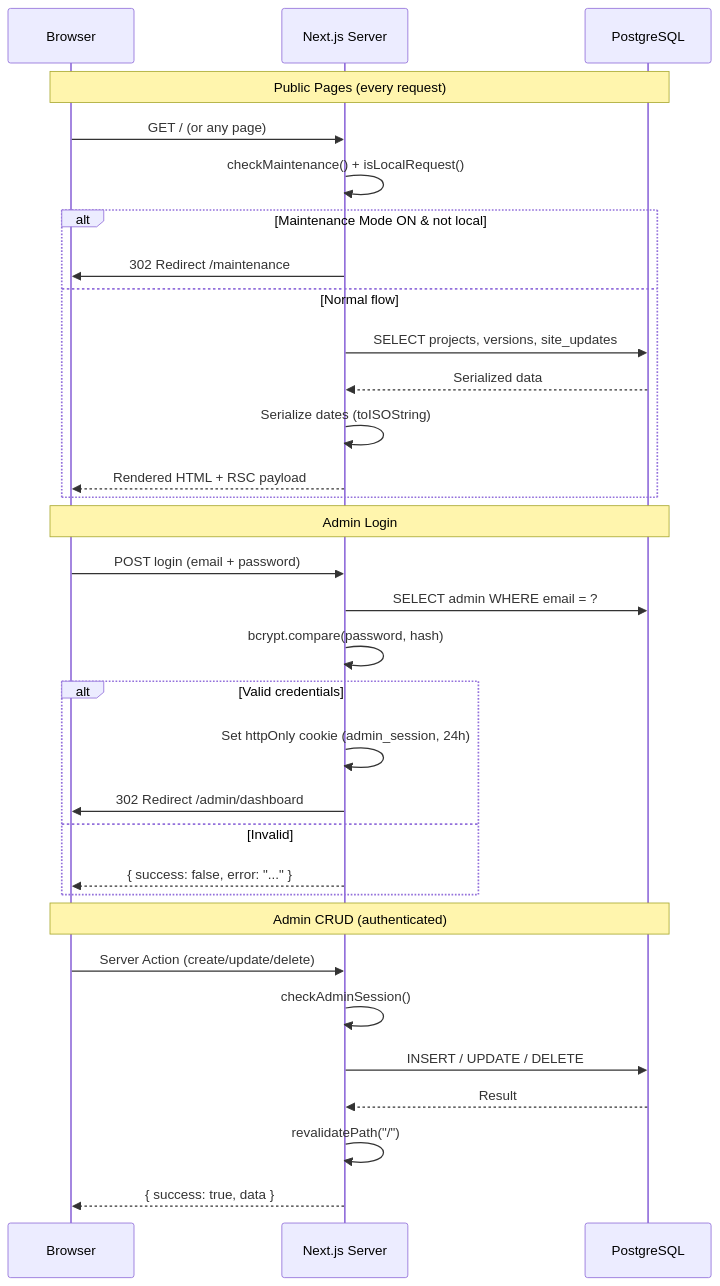
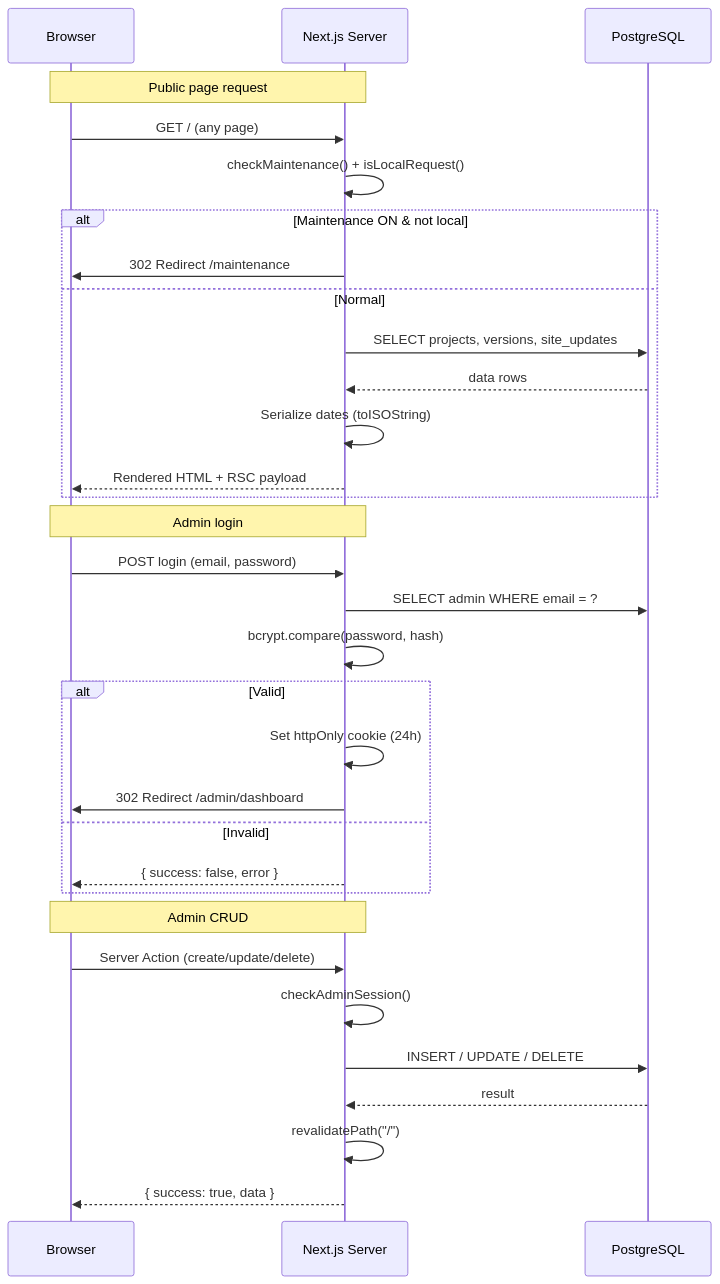
Before and after one commit to ddrayko/portfolio: the fifth of 5 diagrams in README.md, drawn with Mermaid. The commit also changed other lines of this file, not shown here.

Commit message:
docs: fix mermaid diagram rendering for architecture and data flow

````diff
--- a/README.md
+++ b/README.md
@@ -289,37 +248,37 @@
 ```mermaid
 sequenceDiagram
-    participant Client as Browser
-    participant Server as Next.js Server
-    participant DB as PostgreSQL
+    participant B as Browser
+    participant S as Next.js Server
+    participant D as PostgreSQL
 
-    Note over Client,DB: Public Pages (every request)
-    Client->>Server: GET / (or any page)
-    Server->>Server: checkMaintenance() + isLocalRequest()
-    alt Maintenance Mode ON & not local
-        Server->>Client: 302 Redirect /maintenance
-    else Normal flow
-        Server->>DB: SELECT projects, versions, site_updates
-        DB-->>Server: Serialized data
-        Server->>Server: Serialize dates (toISOString)
-        Server-->>Client: Rendered HTML + RSC payload
+    Note over B,S: Public page request
+    B->>S: GET / (any page)
+    S->>S: checkMaintenance() + isLocalRequest()
+    alt Maintenance ON & not local
+        S->>B: 302 Redirect /maintenance
+    else Normal
+        S->>D: SELECT projects, versions, site_updates
+        D-->>S: data rows
+        S->>S: Serialize dates (toISOString)
+        S-->>B: Rendered HTML + RSC payload
     end
 
-    Note over Client,DB: Admin Login
-    Client->>Server: POST login (email + password)
-    Server->>DB: SELECT admin WHERE email = ?
-    Server->>Server: bcrypt.compare(password, hash)
-    alt Valid credentials
-        Server->>Server: Set httpOnly cookie (admin_session, 24h)
-        Server->>Client: 302 Redirect /admin/dashboard
+    Note over B,S: Admin login
+    B->>S: POST login (email, password)
+    S->>D: SELECT admin WHERE email = ?
+    S->>S: bcrypt.compare(password, hash)
+    alt Valid
+        S->>S: Set httpOnly cookie (24h)
+        S->>B: 302 Redirect /admin/dashboard
     else Invalid
-        Server-->>Client: { success: false, error: "..." }
+        S-->>B: { success: false, error }
     end
 
-    Note over Client,DB: Admin CRUD (authenticated)
-    Client->>Server: Server Action (create/update/delete)
-    Server->>Server: checkAdminSession()
-    Server->>DB: INSERT / UPDATE / DELETE
-    DB-->>Server: Result
-    Server->>Server: revalidatePath("/")
-    Server-->>Client: { success: true, data }
+    Note over B,S: Admin CRUD
+    B->>S: Server Action (create/update/delete)
+    S->>S: checkAdminSession()
+    S->>D: INSERT / UPDATE / DELETE
+    D-->>S: result
+    S->>S: revalidatePath("/")
+    S-->>B: { success: true, data }
 ```
````
